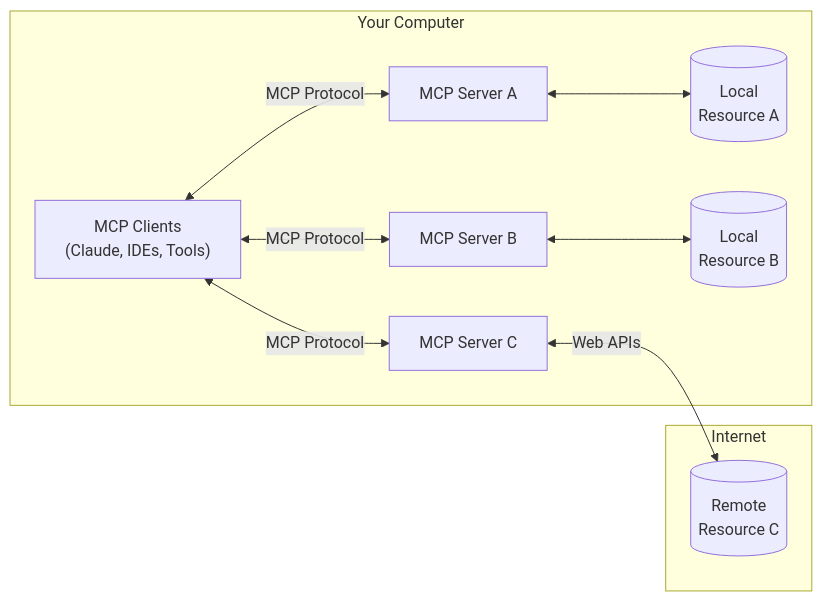
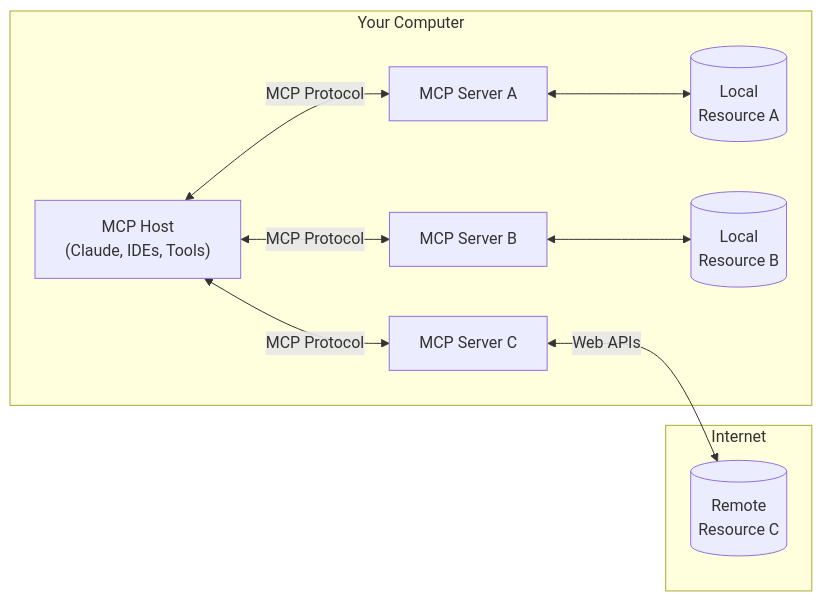
The first of 3 diagrams in quickstart.mdx (zcstarr/modelcontextprotocol), drawn with Mermaid before and after one commit. The commit also changed other lines of this file, not shown here.

````diff
--- a/quickstart.mdx
+++ b/quickstart.mdx
@@ -27,20 +27,20 @@
 ```mermaid
 flowchart LR
     subgraph "Your Computer"
-        Client["MCP Clients\n(Claude, IDEs, Tools)"]
+        Host["MCP Host\n(Claude, IDEs, Tools)"]
         S1["MCP Server A"]
         S2["MCP Server B"]
         S3["MCP Server C"]
-        
-        Client <-->|"MCP Protocol"| S1
-        Client <-->|"MCP Protocol"| S2
-        Client <-->|"MCP Protocol"| S3
-        
+
+        Host <-->|"MCP Protocol"| S1
+        Host <-->|"MCP Protocol"| S2
+        Host <-->|"MCP Protocol"| S3
+
         S1 <--> R1[("Local\nResource A")]
         S2 <--> R2[("Local\nResource B")]
     end
 
     subgraph "Internet"
         S3 <-->|"Web APIs"| R3[("Remote\nResource C")]
     end
 ```
````
